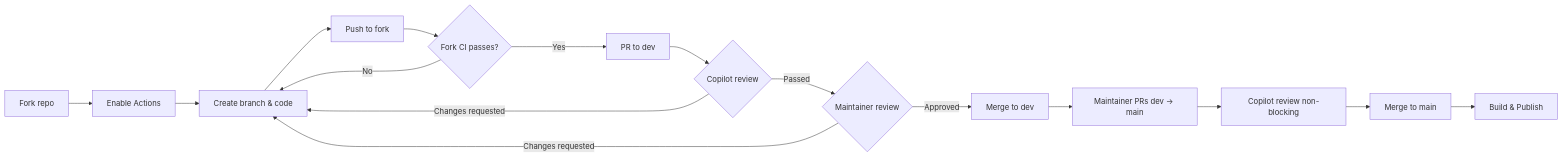
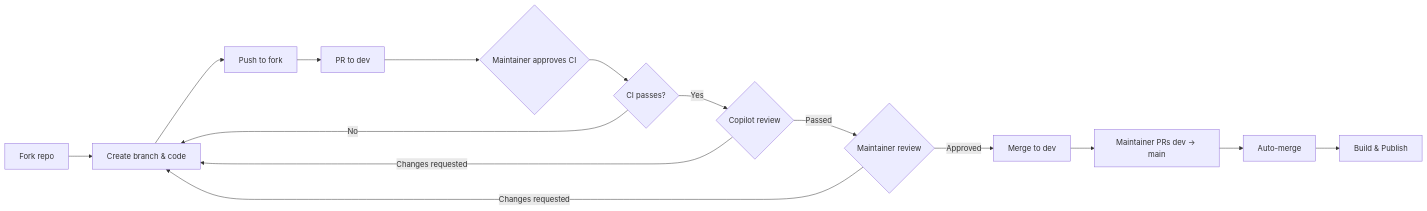
Before and after one commit to whw23/searxng_http_mcp: the diagram in CONTRIBUTING.md, drawn with Mermaid. The commit also changed other lines of this file and 3 other files, not shown here.

````diff
--- a/CONTRIBUTING.md
+++ b/CONTRIBUTING.md
@@ -7,18 +7,17 @@
 ```mermaid
 graph LR
-    A[Fork repo] --> B[Enable Actions]
-    B --> C[Create branch & code]
-    C --> D[Push to fork]
-    D --> E{Fork CI passes?}
-    E -->|No| C
-    E -->|Yes| F[PR to dev]
-    F --> G{Copilot review}
-    G -->|Changes requested| C
+    A[Fork repo] --> B[Create branch & code]
+    B --> C[Push to fork]
+    C --> D[PR to dev]
+    D --> E{Maintainer approves CI}
+    E --> F{CI passes?}
+    F -->|No| B
+    F -->|Yes| G{Copilot review}
+    G -->|Changes requested| B
     G -->|Passed| H{Maintainer review}
-    H -->|Changes requested| C
+    H -->|Changes requested| B
     H -->|Approved| I[Merge to dev]
     I --> J[Maintainer PRs dev → main]
-    J --> K[Copilot review non-blocking]
-    K --> L[Merge to main]
-    L --> M[Build & Publish]
+    J --> K[Auto-merge]
+    K --> L[Build & Publish]
 ```
````
